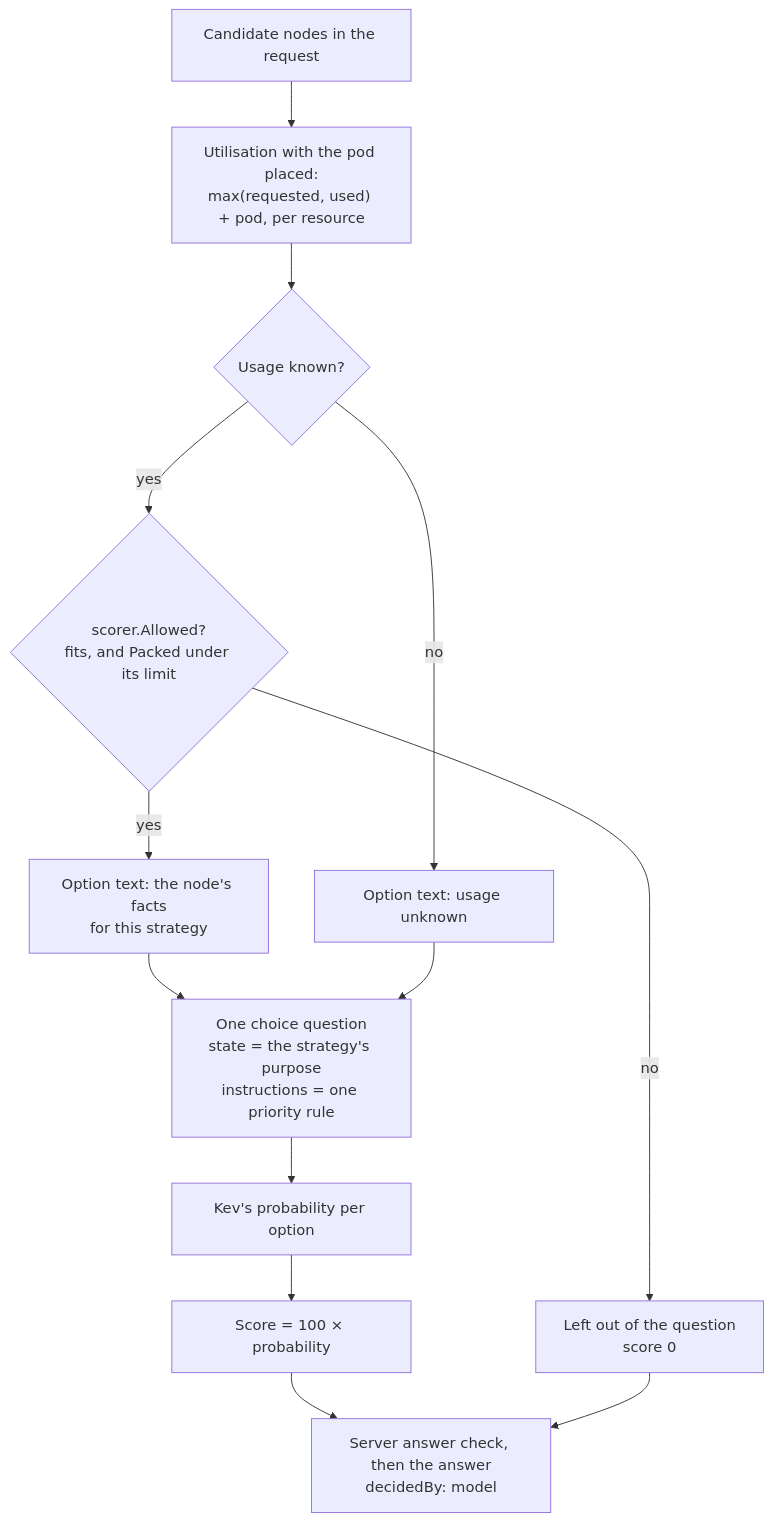
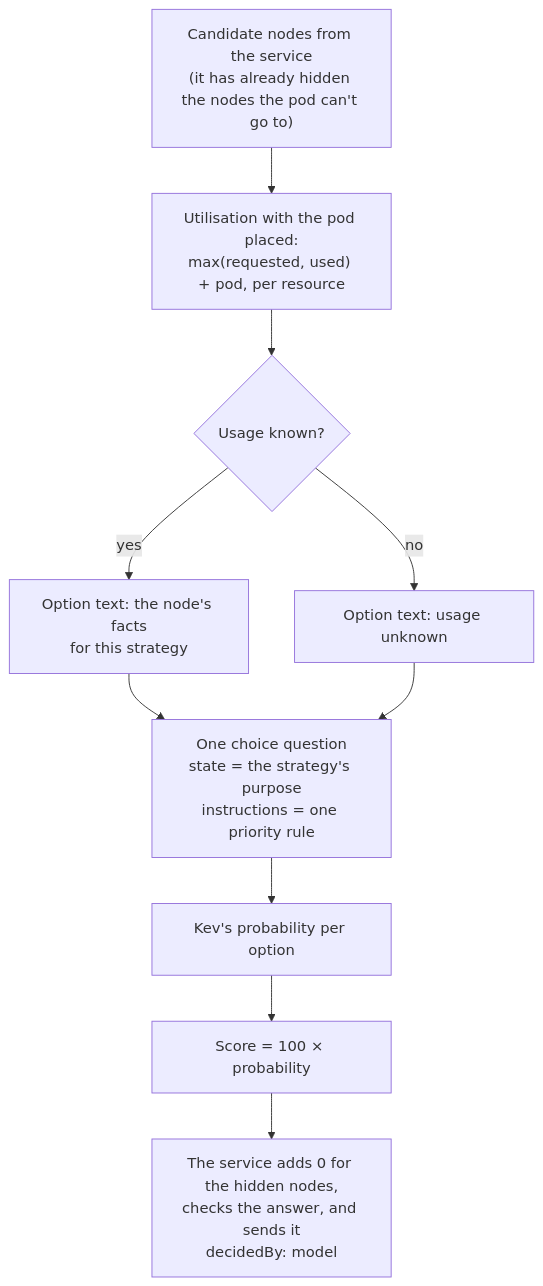
One commit to HIRO-MicroDataCenters-BV/hiro-adaptive-orchestrator changed the diagram in ai-decision-service/model/kev_model.md. Above: the diagram before and after it, drawn with Mermaid. The commit also changed other lines of this file and 7 other files, not shown here.

Commit message:
Hide the nodes a pod can't go to from every placement model, and lead the model guide with settings-only integration

````diff
--- a/ai-decision-service/model/kev_model.md
+++ b/ai-decision-service/model/kev_model.md
@@ -57,15 +38,12 @@
 ```mermaid
 flowchart TD
-    R["Candidate nodes in the request"] --> U["Utilisation with the pod placed:<br/>max(requested, used) + pod, per resource"]
+    R["Candidate nodes from the service<br/>(it has already hidden the nodes the pod can't go to)"] --> U["Utilisation with the pod placed:<br/>max(requested, used) + pod, per resource"]
     U --> K{"Usage known?"}
     K -- no --> X["Option text: usage unknown"]
-    K -- yes --> A{"scorer.Allowed?<br/>fits, and Packed under its limit"}
-    A -- no --> Z["Left out of the question<br/>score 0"]
-    A -- yes --> F["Option text: the node's facts<br/>for this strategy"]
+    K -- yes --> F["Option text: the node's facts<br/>for this strategy"]
     F --> Q["One choice question<br/>state = the strategy's purpose<br/>instructions = one priority rule"]
     X --> Q
     Q --> P["Kev's probability per option"]
     P --> S["Score = 100 × probability"]
-    S --> C["Server answer check, then the answer<br/>decidedBy: model"]
-    Z --> C
+    S --> C["The service adds 0 for the hidden nodes,<br/>checks the answer, and sends it<br/>decidedBy: model"]
 ```
````
